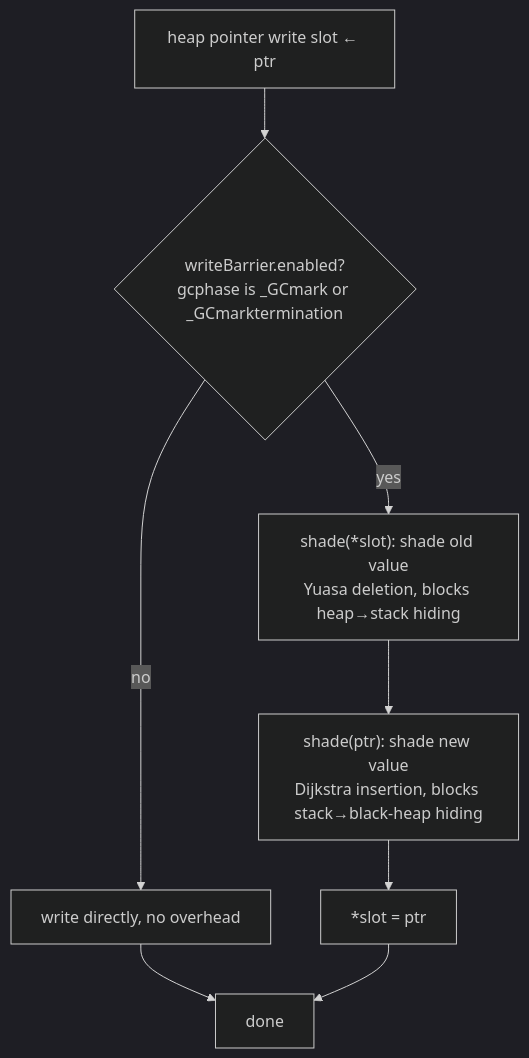
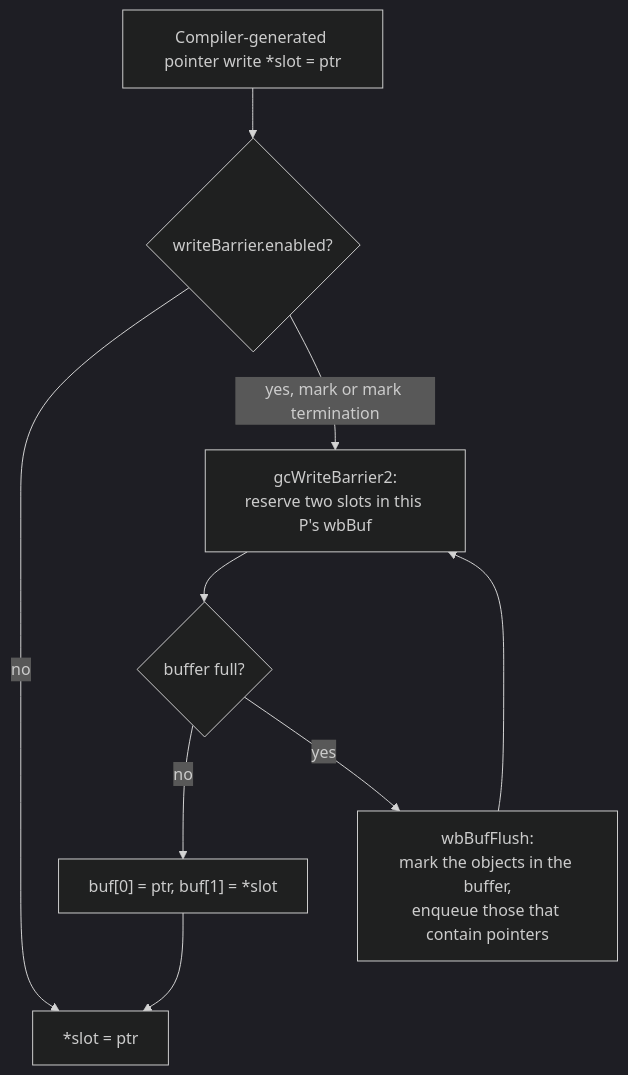
Before and after one commit to golang-design/under-the-hood: the diagram in book/en-us/part4memory/ch13gc/barrier.md, drawn with Mermaid (dark theme). The commit also changed other lines of this file and 30 other files, not shown here.

````diff
--- a/book/en-us/part4memory/ch13gc/barrier.md
+++ b/book/en-us/part4memory/ch13gc/barrier.md
@@ -119,10 +288,11 @@
 ```mermaid
 flowchart TD
-    W["heap pointer write slot ← ptr"] --> EN{"writeBarrier.enabled?<br/>gcphase is _GCmark or _GCmarktermination"}
-    EN -->|no| DIRECT["write directly, no overhead"]
-    EN -->|yes| SHADE1["shade(*slot): shade old value<br/>Yuasa deletion, blocks heap→stack hiding"]
-    SHADE1 --> SHADE2["shade(ptr): shade new value<br/>Dijkstra insertion, blocks stack→black-heap hiding"]
-    SHADE2 --> STORE["*slot = ptr"]
-    DIRECT --> DONE["done"]
-    STORE --> DONE
+    W["Compiler-generated pointer write *slot = ptr"] --> EN{"writeBarrier.enabled?"}
+    EN -->|no| STORE["*slot = ptr"]
+    EN -->|yes, mark or mark termination| GET["gcWriteBarrier2:<br/>reserve two slots in this P's wbBuf"]
+    GET --> FULL{"buffer full?"}
+    FULL -->|no| PUT["buf[0] = ptr, buf[1] = *slot"]
+    FULL -->|yes| FLUSH["wbBufFlush:<br/>mark the objects in the buffer,<br/>enqueue those that contain pointers"]
+    FLUSH --> GET
+    PUT --> STORE
 ```
````
